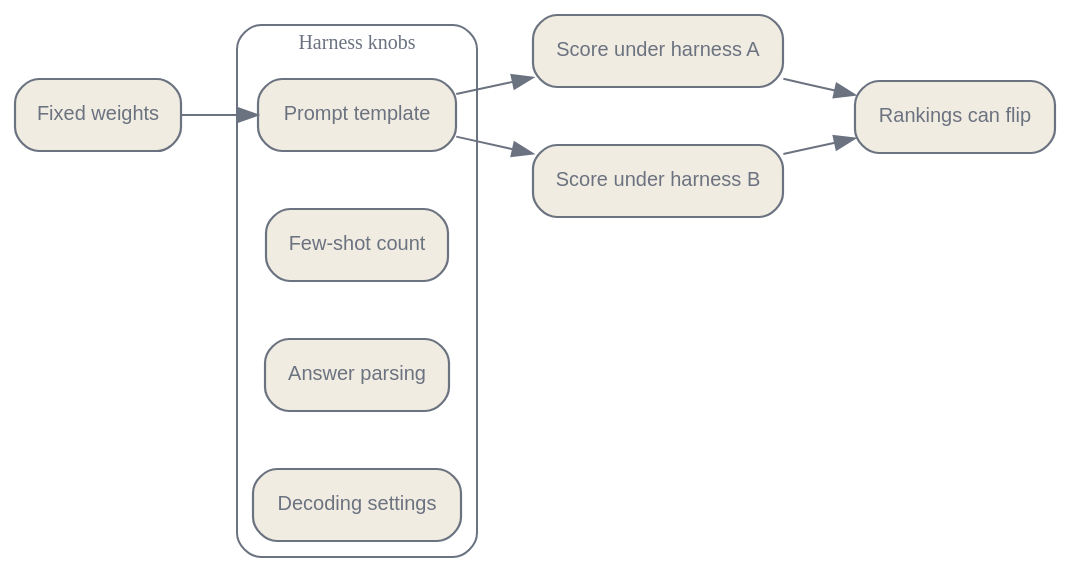
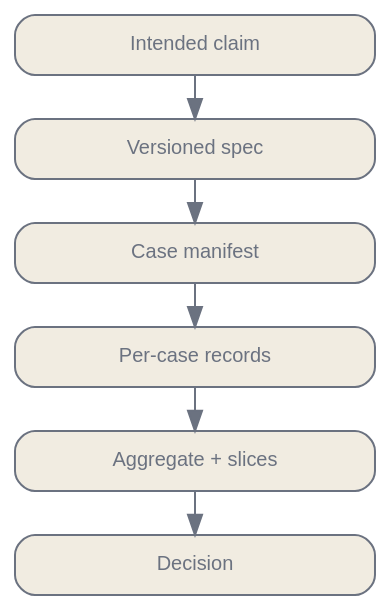
The diagram in en/evaluation/01-benchmarks.qmd (latere-ai/ai-as-an-infrastructure), drawn with Graphviz before and after one commit. The commit also changed other lines of this file and 5 other files, not shown here.

Commit message:
docs: rewrite benchmark measurement contract

````diff
--- a/en/evaluation/01-benchmarks.qmd
+++ b/en/evaluation/01-benchmarks.qmd
@@ -308,32 +117,24 @@
 ```{dot}
-//| label: fig-benchmarks-harness
-//| fig-cap: "Why a benchmark score is a property of the model and its harness together. Fixed weights pass through unstandardized harness choices, so the same model can post different scores and rankings can flip across labs."
+//| label: fig-benchmarks-contract
+//| fig-cap: "A benchmark result begins with an intended claim. The versioned specification governs case execution; immutable per-case records support aggregation, audit, and a decision."
 digraph {
   bgcolor="transparent";
-  rankdir=LR;
-  nodesep=0.4; ranksep=0.5;
-  node [shape=box, style="rounded,filled", fontname="Helvetica", fontsize=10, color="#6b7280", fontcolor="#6b7280", fillcolor="#f1ece1", penwidth=1.1];
-  edge [fontsize=10, fontname="Helvetica", color="#6b7280", fontcolor="#6b7280"];
+  rankdir=TB;
+  nodesep=0.25; ranksep=0.3;
+  node [shape=box, style="rounded,filled", fixedsize=true, width=2.5, height=0.42, fontname="Helvetica", fontsize=10, color="#6b7280", fontcolor="#6b7280", fillcolor="#f1ece1", margin="0.08,0.05"];
+  edge [fontname="Helvetica", fontsize=9, color="#6b7280", fontcolor="#6b7280"];
 
-  W [label="Fixed weights"];
-  subgraph cluster_H {
-    label="Harness knobs";
-    style=rounded;
-    color="#6b7280";
-    fontcolor="#6b7280";
-    fontsize=10;
-    P [label="Prompt template"];
-    F [label="Few-shot count"];
-    A [label="Answer parsing"];
-    D [label="Decoding settings"];
-  }
-  W -> P;
-  S1 [label="Score under harness A"];
-  S2 [label="Score under harness B"];
-  P -> S1;
-  P -> S2;
-  S1 -> R;
-  S2 -> R;
-  R [label="Rankings can flip"];
+  C [label="Intended claim"];
+  S [label="Versioned spec"];
+  I [label="Case manifest"];
+  R [label="Per-case records"];
+  A [label="Aggregate + slices"];
+  D [label="Decision"];
+
+  C -> S;
+  S -> I;
+  I -> R;
+  R -> A;
+  A -> D;
 }
 ```
````
